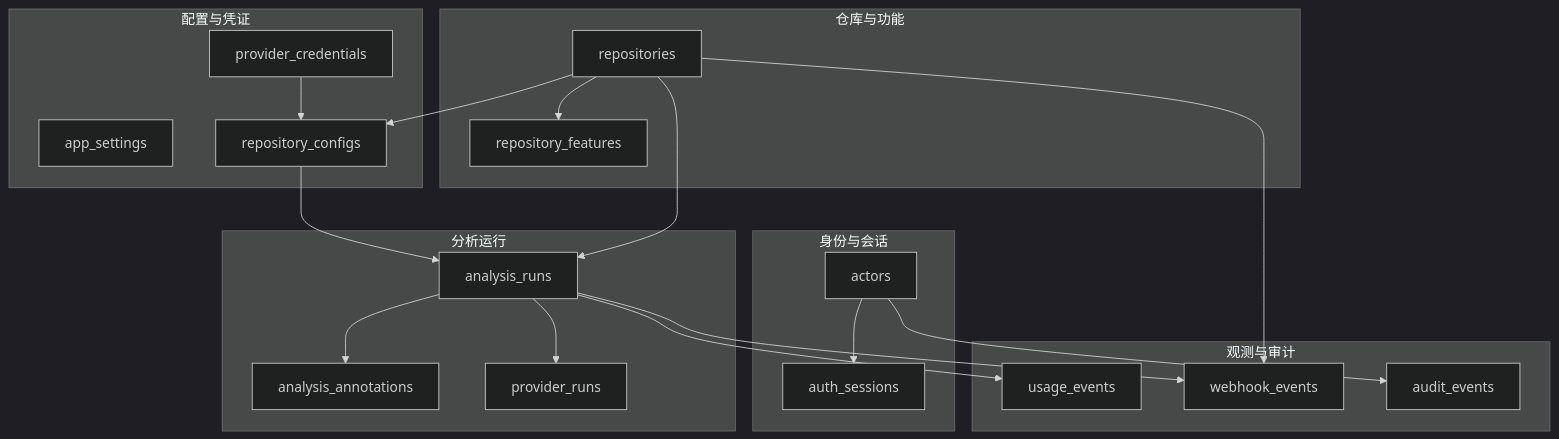
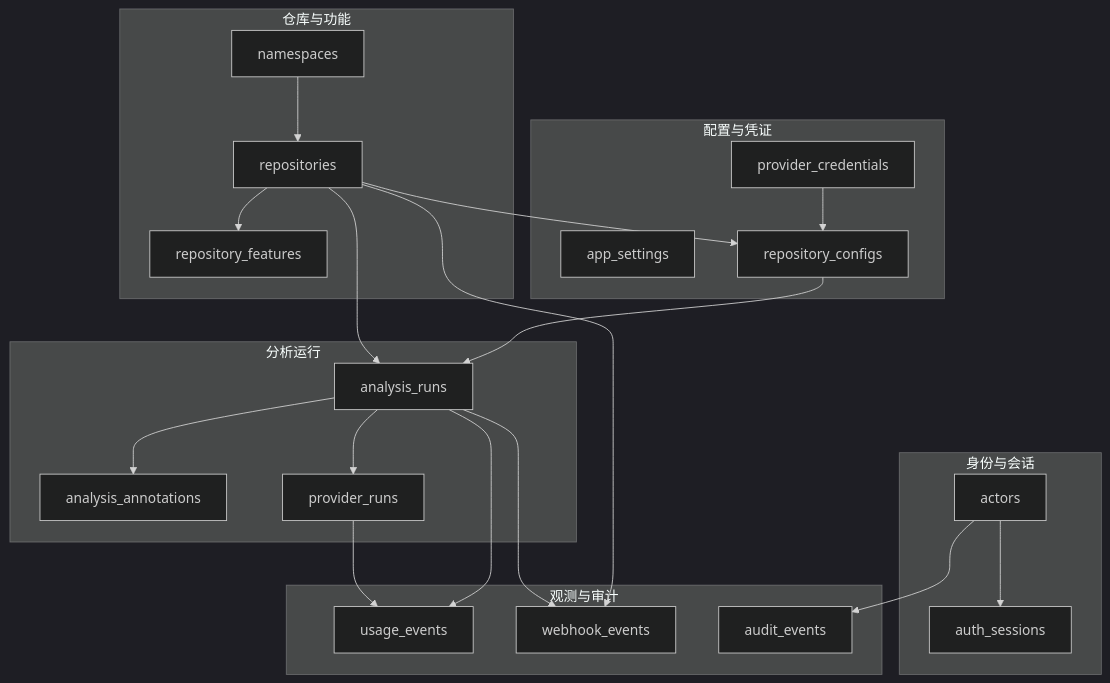
The second of 3 diagrams in DATABASE_SCHEMA.md (LynnGuo666/Gitea-TLDR), drawn with Mermaid (dark theme) before and after one commit. The commit also changed other lines of this file and 22 other files, not shown here.

````diff
--- a/DATABASE_SCHEMA.md
+++ b/DATABASE_SCHEMA.md
@@ -57,43 +62,46 @@
 ```mermaid
 flowchart TD
     subgraph Identity[身份与会话]
         actors[actors]
         auth_sessions[auth_sessions]
     end
 
     subgraph Repo[仓库与功能]
+        namespaces[namespaces]
         repositories[repositories]
         repository_features[repository_features]
     end
 
     subgraph Config[配置与凭证]
         app_settings[app_settings]
         provider_credentials[provider_credentials]
         repository_configs[repository_configs]
     end
 
     subgraph Run[分析运行]
         analysis_runs[analysis_runs]
         analysis_annotations[analysis_annotations]
         provider_runs[provider_runs]
     end
 
     subgraph Ops[观测与审计]
         usage_events[usage_events]
         webhook_events[webhook_events]
         audit_events[audit_events]
     end
 
     actors --> auth_sessions
+    namespaces --> repositories
     repositories --> repository_features
     repositories --> repository_configs
     provider_credentials --> repository_configs
     repository_configs --> analysis_runs
     repositories --> analysis_runs
     analysis_runs --> analysis_annotations
     analysis_runs --> provider_runs
     analysis_runs --> usage_events
+    provider_runs --> usage_events
     repositories --> webhook_events
     analysis_runs --> webhook_events
     actors --> audit_events
 ```
````
